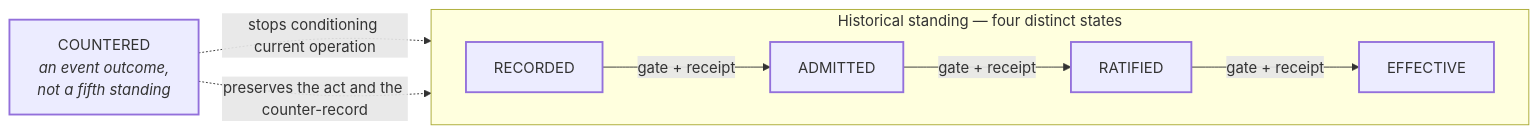
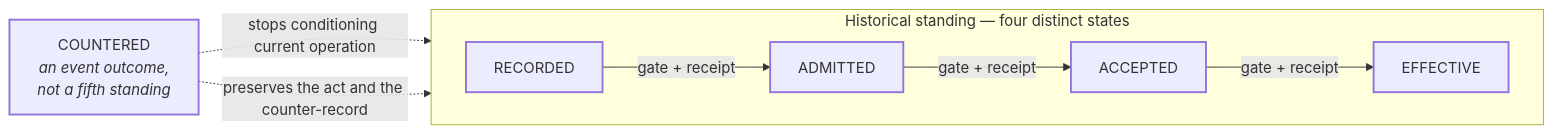
Before and after one commit to bdf1992/Soveraeign: the diagram in diagrams/standing-transition.md, drawn with Mermaid. The commit also changed other lines of this file and 464 other files, not shown here.

````diff
--- a/diagrams/standing-transition.md
+++ b/diagrams/standing-transition.md
@@ -13,17 +13,17 @@
 ```mermaid
 flowchart LR
     subgraph chain["Historical standing — four distinct states"]
         direction LR
         REC["RECORDED"] -->|"gate + receipt"| ADM["ADMITTED"]
-        ADM -->|"gate + receipt"| RAT["RATIFIED"]
+        ADM -->|"gate + receipt"| RAT["ACCEPTED"]
         RAT -->|"gate + receipt"| EFF["EFFECTIVE"]
     end
 
     CTR["COUNTERED<br/><i>an event outcome,<br/>not a fifth standing</i>"]
     CTR -. "stops conditioning current operation" .-> EFF
     CTR -. "preserves the act and the counter-record" .-> RAT
 
     classDef pen stroke-width:2px
     classDef pencil stroke-dasharray:5 4,stroke-width:1px
     class REC,ADM,RAT,EFF,CTR pen
 ```
````
